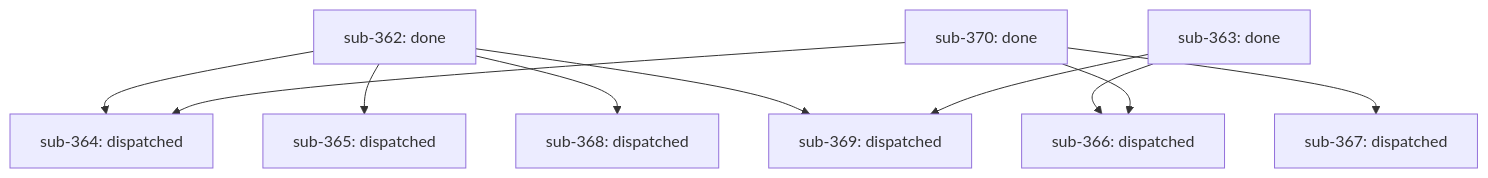
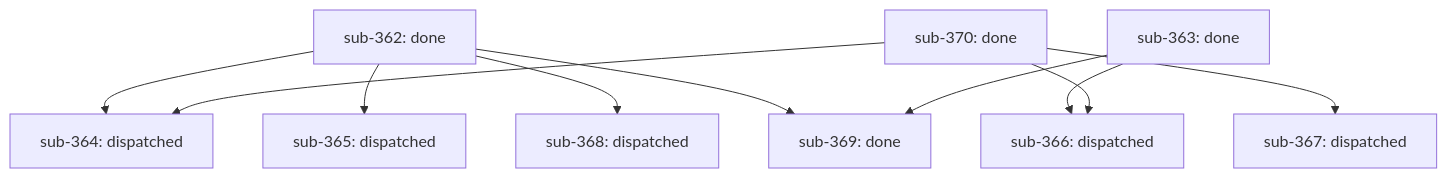
Before and after one commit to infiquetra/infiquetra-claude-plugins: the diagram in docs/outcomes/tier-effort-first-class/report.md, drawn with Mermaid. The commit also changed other lines of this file, not shown here.

Commit message:
docs(outcome): harvest sub-369 (PR #500 merged) — 4/9 done, frontier #364-#368 (re #369)

````diff
--- a/docs/outcomes/tier-effort-first-class/report.md
+++ b/docs/outcomes/tier-effort-first-class/report.md
@@ -7,21 +7,21 @@
 ```mermaid
 flowchart TD
     sub-362["sub-362: done"]
     sub-363["sub-363: done"]
     sub-364["sub-364: dispatched"]
     sub-365["sub-365: dispatched"]
     sub-366["sub-366: dispatched"]
     sub-367["sub-367: dispatched"]
     sub-368["sub-368: dispatched"]
-    sub-369["sub-369: dispatched"]
+    sub-369["sub-369: done"]
     sub-370["sub-370: done"]
     sub-362 --> sub-364
     sub-370 --> sub-364
     sub-362 --> sub-365
     sub-363 --> sub-366
     sub-370 --> sub-366
     sub-370 --> sub-367
     sub-362 --> sub-368
     sub-362 --> sub-369
     sub-363 --> sub-369
 ```
````
